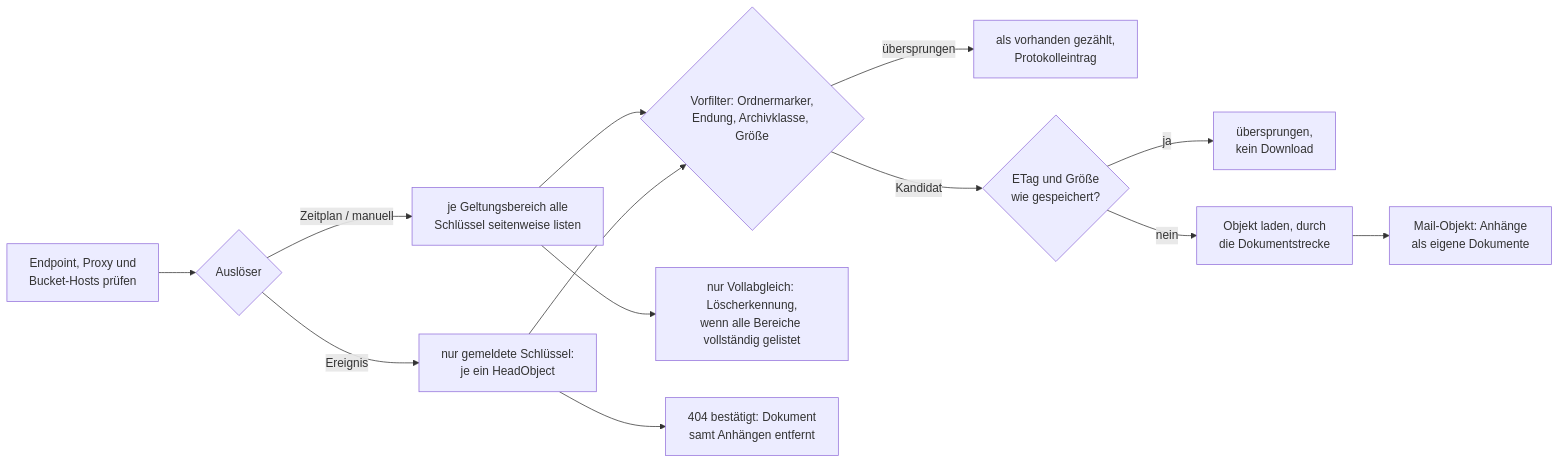
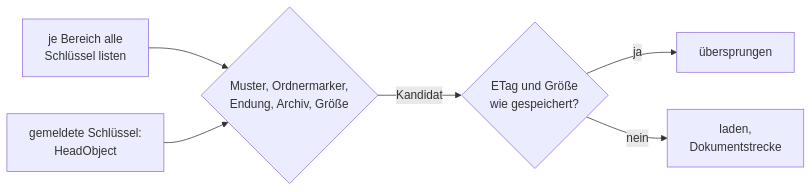
The second of 2 diagrams in docs/handbuch/konnektoren/s3.md (criew/opaa), drawn with Mermaid before and after one commit. The commit also changed other lines of this file, not shown here.

First line of the commit message:
docs(handbuch): Kapitel S3 auf den gemeinsamen Aufbau bringen, straffen und berichtigen

````diff
--- a/docs/handbuch/konnektoren/s3.md
+++ b/docs/handbuch/konnektoren/s3.md
@@ -54,15 +125,8 @@
 ```mermaid
 flowchart LR
-    A[Endpoint, Proxy und<br/>Bucket-Hosts prüfen] --> B{Auslöser}
-    B -- Zeitplan / manuell --> L[je Geltungsbereich alle<br/>Schlüssel seitenweise listen]
-    B -- Ereignis --> E[nur gemeldete Schlüssel:<br/>je ein HeadObject]
-    L --> F{Vorfilter: Ordnermarker,<br/>Endung, Archivklasse, Größe}
-    E --> F
-    F -- übersprungen --> SK[als vorhanden gezählt,<br/>Protokolleintrag]
+    L[je Bereich alle<br/>Schlüssel listen] --> F{Muster, Ordnermarker,<br/>Endung, Archiv, Größe}
+    E[gemeldete Schlüssel:<br/>HeadObject] --> F
     F -- Kandidat --> M{ETag und Größe<br/>wie gespeichert?}
-    M -- ja --> SK2[übersprungen,<br/>kein Download]
-    M -- nein --> P[Objekt laden, durch<br/>die Dokumentstrecke]
-    P --> AT[Mail-Objekt: Anhänge<br/>als eigene Dokumente]
-    L --> R[nur Vollabgleich: Löscherkennung,<br/>wenn alle Bereiche vollständig gelistet]
-    E --> G[404 bestätigt: Dokument<br/>samt Anhängen entfernt]
+    M -- ja --> S[übersprungen]
+    M -- nein --> P[laden,<br/>Dokumentstrecke]
 ```
````
